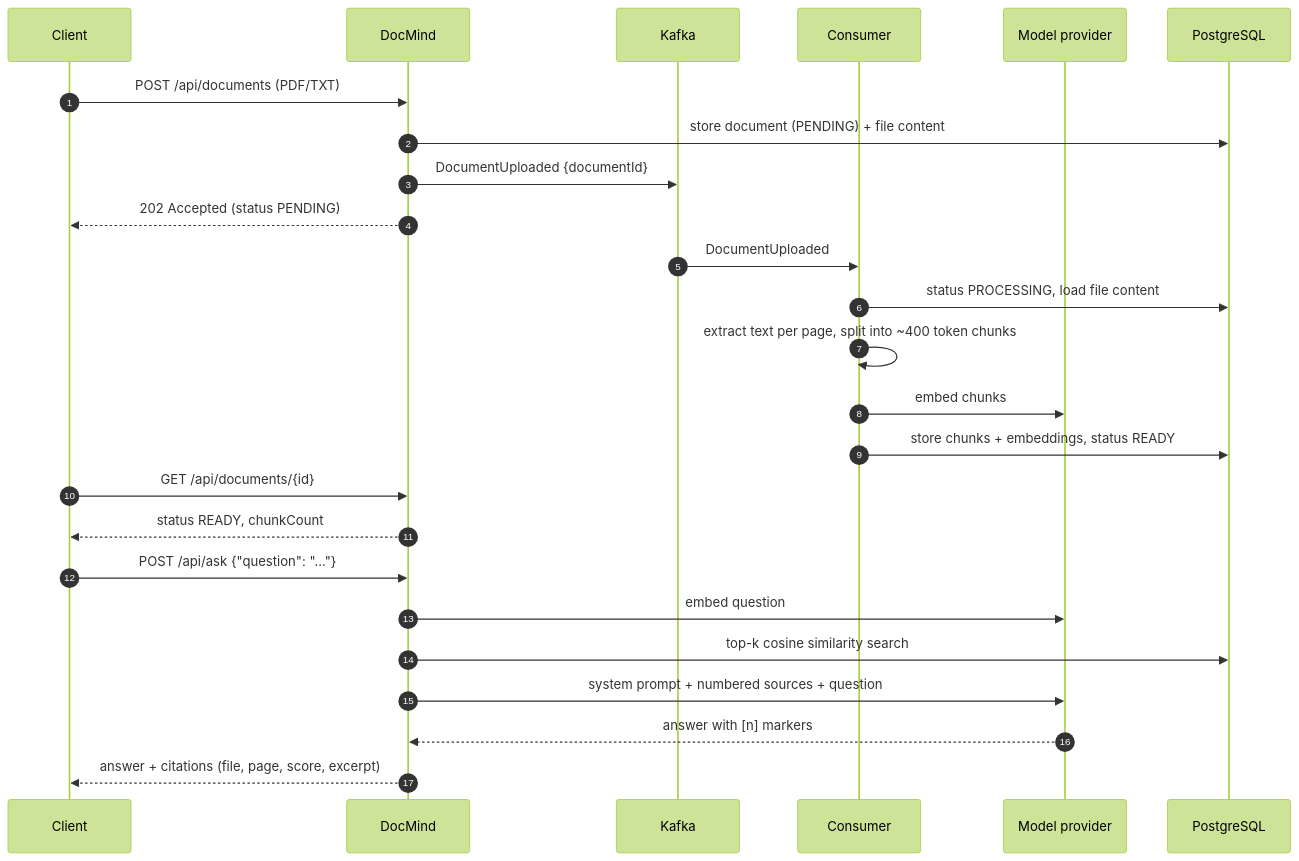
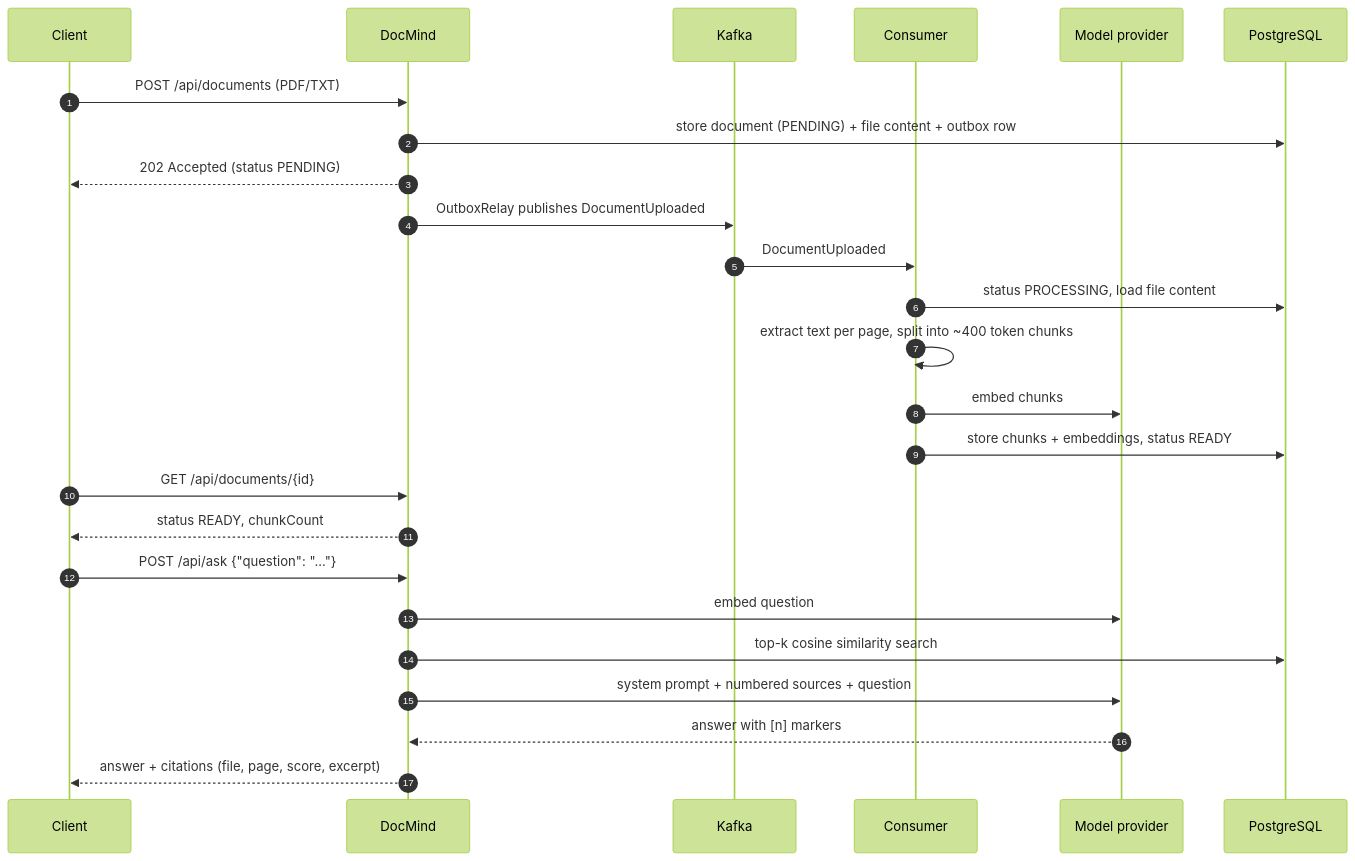
The second of 2 diagrams in README.md (nakhat-parveen/docmind-ai), drawn with Mermaid (forest theme) before and after one commit. The commit also changed other lines of this file, not shown here.

Commit message:
Document the outbox, filters and rate limit in the README

````diff
--- a/README.md
+++ b/README.md
@@ -86,29 +89,29 @@
 ```mermaid
 sequenceDiagram
     autonumber
     participant C as Client
     participant D as DocMind
     participant K as Kafka
     participant W as Consumer
     participant M as Model provider
     participant P as PostgreSQL
 
     C->>D: POST /api/documents (PDF/TXT)
-    D->>P: store document (PENDING) + file content
-    D->>K: DocumentUploaded {documentId}
+    D->>P: store document (PENDING) + file content + outbox row
     D-->>C: 202 Accepted (status PENDING)
+    D->>K: OutboxRelay publishes DocumentUploaded
     K->>W: DocumentUploaded
     W->>P: status PROCESSING, load file content
     W->>W: extract text per page, split into ~400 token chunks
     W->>M: embed chunks
     W->>P: store chunks + embeddings, status READY
     C->>D: GET /api/documents/{id}
     D-->>C: status READY, chunkCount
 
     C->>D: POST /api/ask {"question": "..."}
     D->>M: embed question
     D->>P: top-k cosine similarity search
     D->>M: system prompt + numbered sources + question
     M-->>D: answer with [n] markers
     D-->>C: answer + citations (file, page, score, excerpt)
 ```
````
